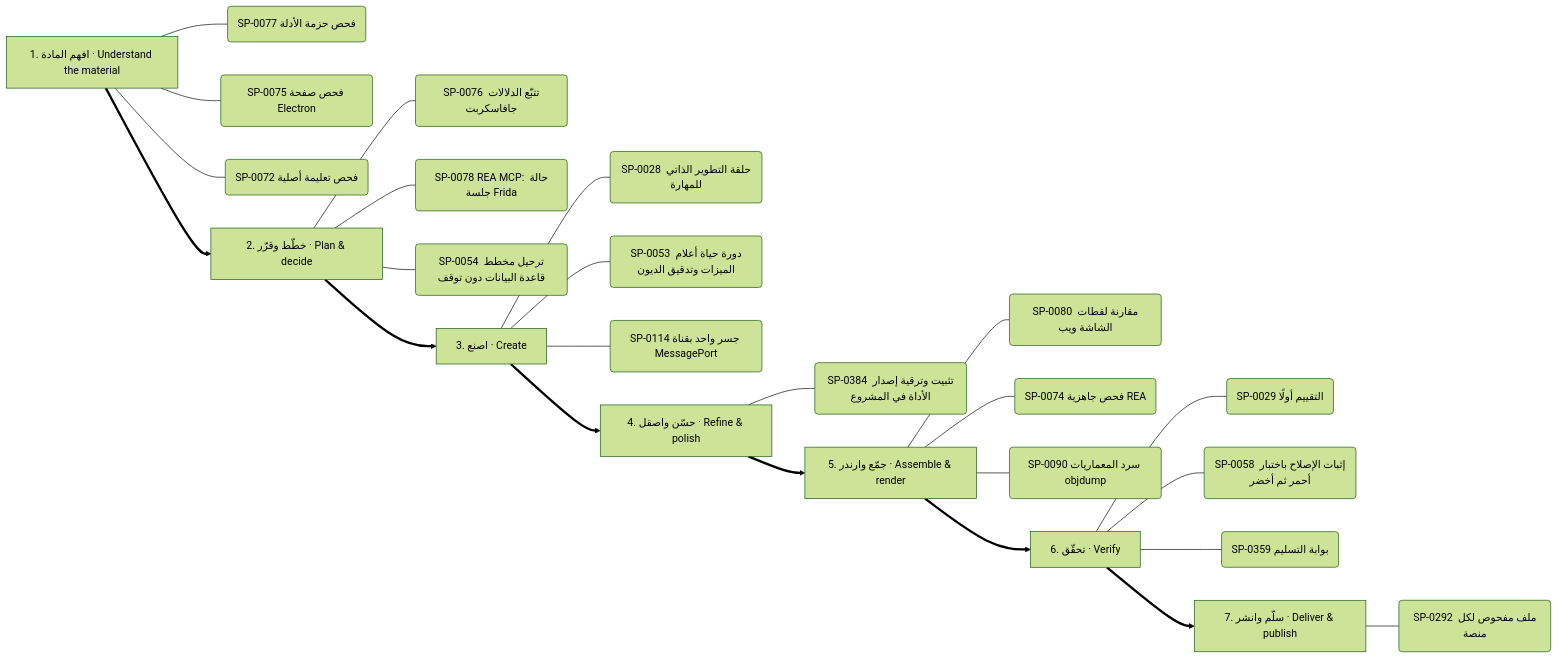
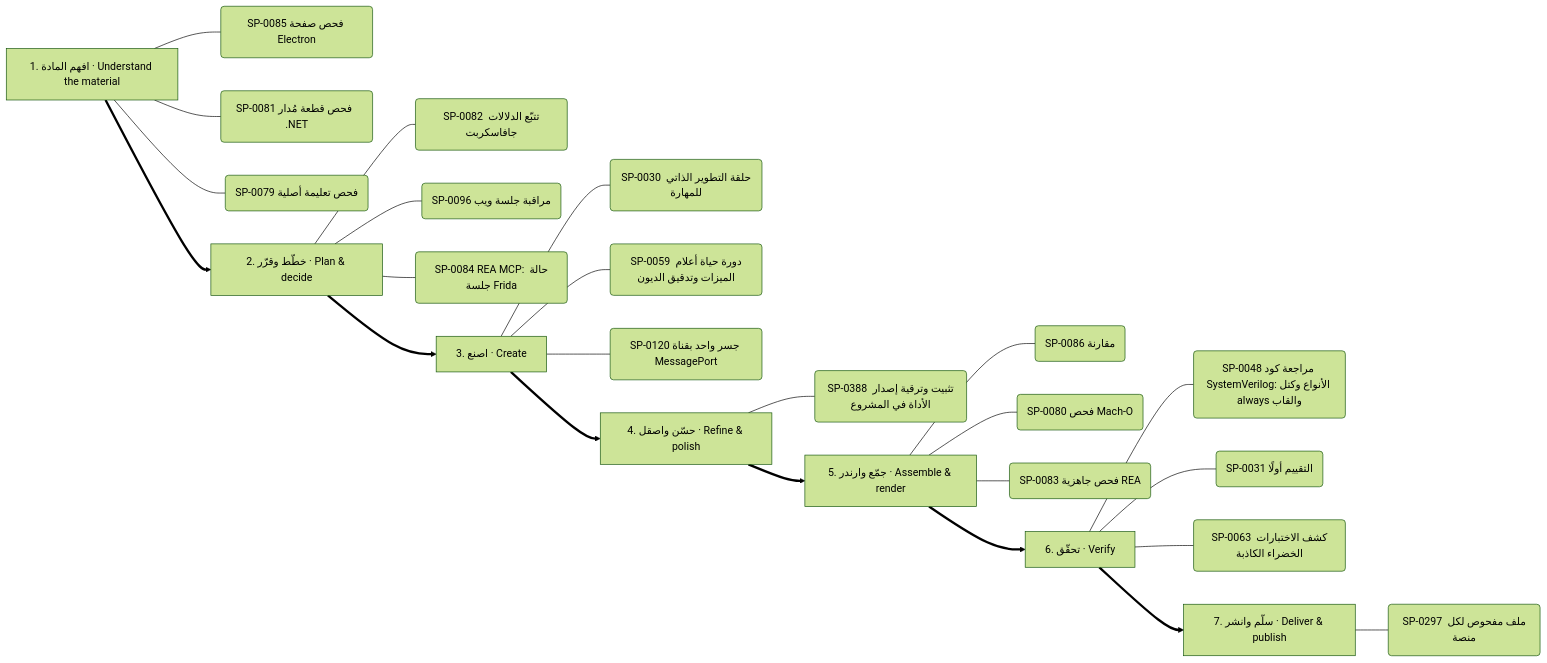
Diagram 11 of 13 in .claude/skills/kosif-superpowers/references/capability-mindmap.md (kosif199022-jpg/kosif-tool), drawn with Mermaid (forest theme) before and after one commit. The commit also changed other lines of this file and 1314 other files, not shown here.

````diff
--- a/.claude/skills/kosif-superpowers/references/capability-mindmap.md
+++ b/.claude/skills/kosif-superpowers/references/capability-mindmap.md
@@ -551,33 +557,33 @@
 ```mermaid
 flowchart LR
   S0["1. افهم المادة · Understand the material"]
-  S0 --- S0_0("SP-0077 فحص حزمة الأدلة")
-  S0 --- S0_1("SP-0075 فحص صفحة Electron")
-  S0 --- S0_2("SP-0072 فحص تعليمة أصلية")
+  S0 --- S0_0("SP-0085 فحص صفحة Electron")
+  S0 --- S0_1("SP-0081 فحص قطعة مُدار  .NET ")
+  S0 --- S0_2("SP-0079 فحص تعليمة أصلية")
   S1["2. خطّط وقرّر · Plan & decide"]
-  S1 --- S1_0("SP-0076 تتبّع الدلالات جافاسكربت")
-  S1 --- S1_1("SP-0078 REA MCP: حالة جلسة Frida")
-  S1 --- S1_2("SP-0054 ترحيل مخطط قاعدة البيانات دون توقف")
+  S1 --- S1_0("SP-0082 تتبّع الدلالات جافاسكربت")
+  S1 --- S1_1("SP-0096 مراقبة جلسة ويب")
+  S1 --- S1_2("SP-0084 REA MCP: حالة جلسة Frida")
   S0 ==> S1
   S2["3. اصنع · Create"]
-  S2 --- S2_0("SP-0028 حلقة التطوير الذاتي للمهارة")
-  S2 --- S2_1("SP-0053 دورة حياة أعلام الميزات وتدقيق الديون")
-  S2 --- S2_2("SP-0114 جسر واحد بقناة MessagePort")
+  S2 --- S2_0("SP-0030 حلقة التطوير الذاتي للمهارة")
+  S2 --- S2_1("SP-0059 دورة حياة أعلام الميزات وتدقيق الديون")
+  S2 --- S2_2("SP-0120 جسر واحد بقناة MessagePort")
   S1 ==> S2
   S3["4. حسّن واصقل · Refine & polish"]
-  S3 --- S3_0("SP-0384 تثبيت وترقية إصدار الأداة في المشروع")
+  S3 --- S3_0("SP-0388 تثبيت وترقية إصدار الأداة في المشروع")
   S2 ==> S3
   S4["5. جمّع وارندر · Assemble & render"]
-  S4 --- S4_0("SP-0080 مقارنة لقطات الشاشة ويب")
-  S4 --- S4_1("SP-0074 فحص جاهزية REA")
-  S4 --- S4_2("SP-0090 سرد المعماريات objdump")
+  S4 --- S4_0("SP-0086 مقارنة")
+  S4 --- S4_1("SP-0080 فحص Mach-O")
+  S4 --- S4_2("SP-0083 فحص جاهزية REA")
   S3 ==> S4
   S5["6. تحقّق · Verify"]
-  S5 --- S5_0("SP-0029 التقييم أولًا")
-  S5 --- S5_1("SP-0058 إثبات الإصلاح باختبار أحمر ثم أخضر")
-  S5 --- S5_2("SP-0359 بوابة التسليم")
+  S5 --- S5_0("SP-0048 مراجعة كود SystemVerilog: الأنواع وكتل always والقاب")
+  S5 --- S5_1("SP-0031 التقييم أولًا")
+  S5 --- S5_2("SP-0063 كشف الاختبارات الخضراء الكاذبة")
   S4 ==> S5
   S6["7. سلّم وانشر · Deliver & publish"]
-  S6 --- S6_0("SP-0292 ملف مفحوص لكل منصة")
+  S6 --- S6_0("SP-0297 ملف مفحوص لكل منصة")
   S5 ==> S6
 ```
````
